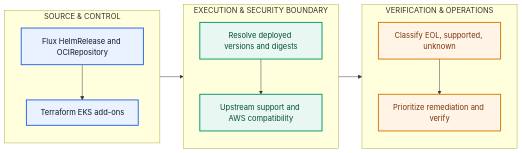
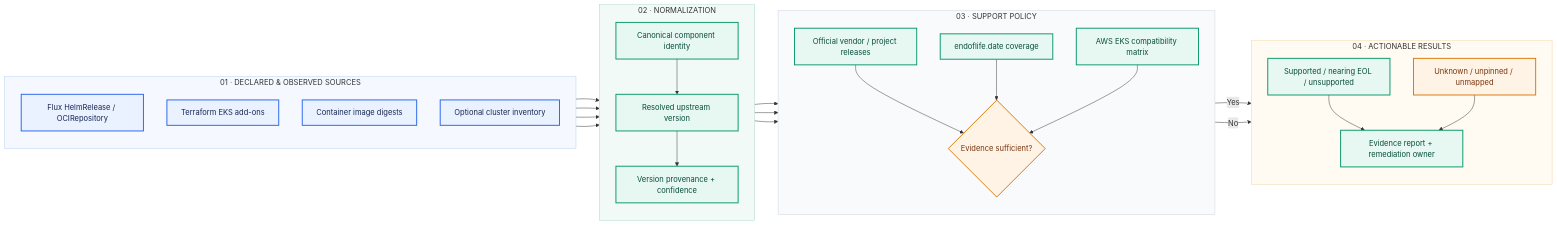
One commit to platform-engineering-labz/platform-engineering changed the diagram in engineering-reference/guides/security/kubernetes-workload-eol-inventory/diagram.mmd. Above: the diagram before and after it, drawn with Mermaid. The commit also changed 2 other files, not shown here.

Commit message:
docs: replace security, EKS and EOL sketches with detailed architecture views

```diff
--- a/engineering-reference/guides/security/kubernetes-workload-eol-inventory/diagram.mmd
+++ b/engineering-reference/guides/security/kubernetes-workload-eol-inventory/diagram.mmd
@@ -1,21 +1,52 @@
 flowchart LR
-  subgraph S0["SOURCE & CONTROL"]
-    direction TB
-    N0["Flux HelmRelease and OCIRepository"] --> N1["Terraform EKS add-ons"]
-  end
-  subgraph S1["EXECUTION & SECURITY BOUNDARY"]
-    direction TB
-    N2["Resolve deployed versions and digests"] --> N3["Upstream support and AWS compatibility"]
-  end
-  N1 --> N2
-  subgraph S2["VERIFICATION & OPERATIONS"]
-    direction TB
-    N4["Classify EOL, supported, unknown"] --> N5["Prioritize remediation and verify"]
-  end
-  N3 --> N4
-  classDef blue fill:#EAF2FF,stroke:#2563EB,stroke-width:2px,color:#0F172A
-  classDef green fill:#E8F7F1,stroke:#059669,stroke-width:2px,color:#064E3B
-  classDef amber fill:#FFF4E5,stroke:#D97706,stroke-width:2px,color:#78350F
-  class N0,N1 blue
-  class N2,N3 green
-  class N4,N5 amber
+ subgraph INVENTORY["01 · DECLARED & OBSERVED SOURCES"]
+  direction TB
+  FLUX["Flux HelmRelease / OCIRepository"]
+  TF["Terraform EKS add-ons"]
+  OCI["Container image digests"]
+  LIVE["Optional cluster inventory"]
+ end
+ subgraph RESOLVE["02 · NORMALIZATION"]
+  direction TB
+  ID["Canonical component identity"]
+  VERSION["Resolved upstream version"]
+  EVIDENCE["Version provenance + confidence"]
+  ID --> VERSION --> EVIDENCE
+ end
+ subgraph SUPPORT["03 · SUPPORT POLICY"]
+  direction TB
+  UPSTREAM["Official vendor / project releases"]
+  EOL["endoflife.date coverage"]
+  AWS["AWS EKS compatibility matrix"]
+  STATUS{"Evidence sufficient?"}
+  UPSTREAM --> STATUS
+  EOL --> STATUS
+  AWS --> STATUS
+ end
+ subgraph OUTPUT["04 · ACTIONABLE RESULTS"]
+  direction TB
+  KNOWN["Supported / nearing EOL / unsupported"]
+  UNKNOWN["Unknown / unpinned / unmapped"]
+  REPORT["Evidence report + remediation owner"]
+  KNOWN --> REPORT
+  UNKNOWN --> REPORT
+ end
+ FLUX --> ID
+ TF --> ID
+ OCI --> VERSION
+ LIVE --> EVIDENCE
+ EVIDENCE --> UPSTREAM
+ EVIDENCE --> EOL
+ EVIDENCE --> AWS
+ STATUS -->|Yes| KNOWN
+ STATUS -->|No| UNKNOWN
+ classDef input fill:#EAF2FF,stroke:#2563EB,stroke-width:2px,color:#172554
+ classDef analysis fill:#E7F7F1,stroke:#059669,stroke-width:2px,color:#064E3B
+ classDef warning fill:#FFF3E5,stroke:#D97706,stroke-width:2px,color:#78350F
+ class FLUX,TF,OCI,LIVE input
+ class ID,VERSION,EVIDENCE,UPSTREAM,EOL,AWS,KNOWN,REPORT analysis
+ class STATUS,UNKNOWN warning
+ style INVENTORY fill:#F5F9FF,stroke:#B7CEF3
+ style RESOLVE fill:#F2FAF8,stroke:#A6D9CA
+ style SUPPORT fill:#F8FAFC,stroke:#CBD5E1
+ style OUTPUT fill:#FFFAF2,stroke:#F0D4A2
```
